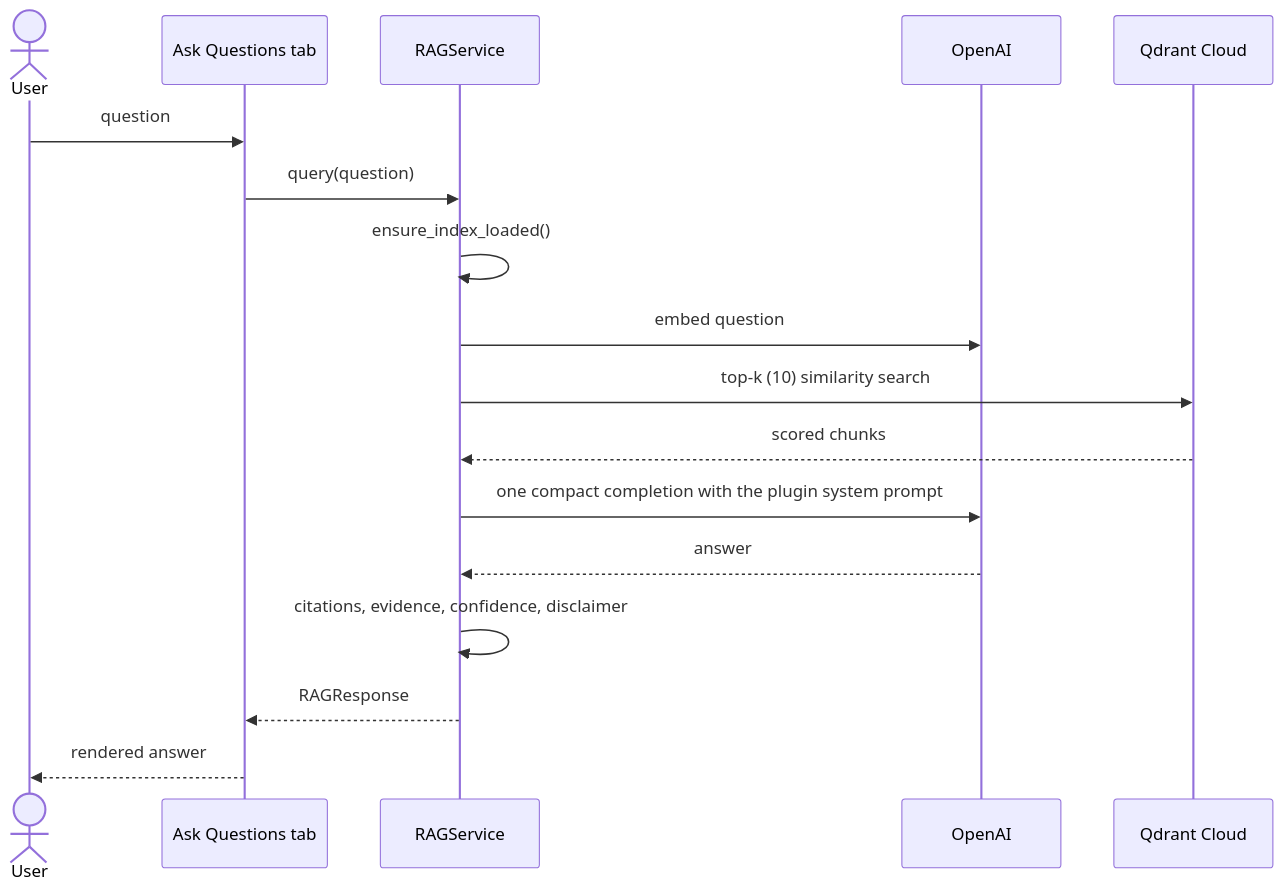
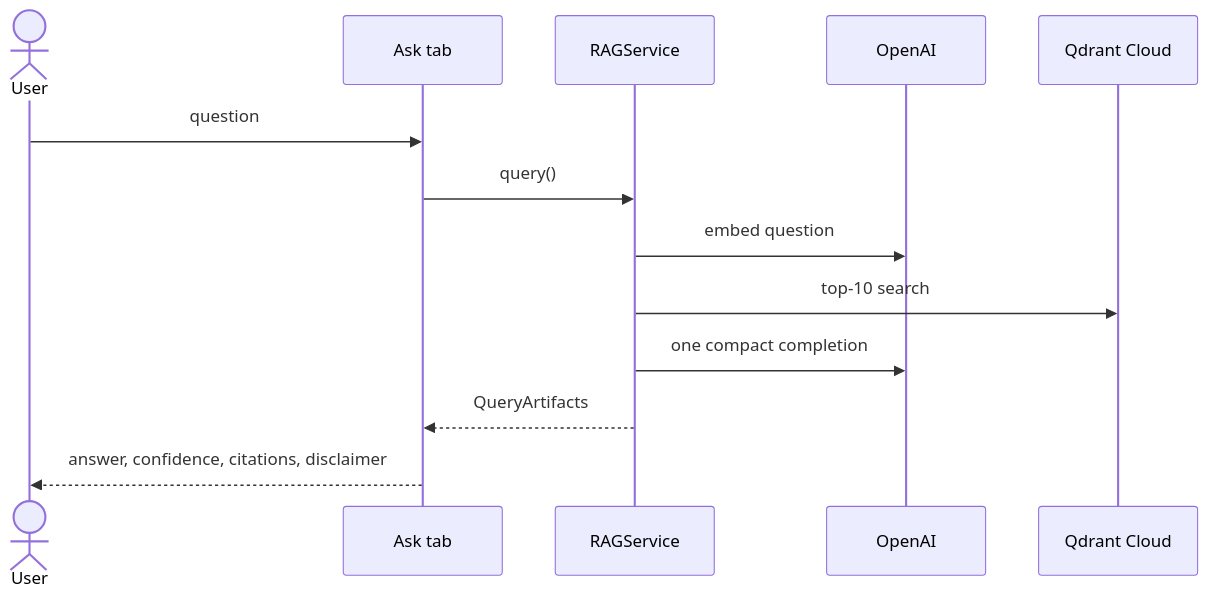
Before and after one commit to abhishek-tiwari-nitrr/PulseRAG: the fourth of 5 diagrams in docs/HLD.md, drawn with Mermaid. The commit also changed other lines of this file and 6 other files, not shown here.

````diff
--- a/docs/HLD.md
+++ b/docs/HLD.md
@@ -108,20 +98,15 @@
 ```mermaid
 sequenceDiagram
     actor User
-    participant ASK as Ask Questions tab
+    participant ASK as Ask tab
     participant SVC as RAGService
     participant OAI as OpenAI
     participant QC as Qdrant Cloud
-
     User->>ASK: question
-    ASK->>SVC: query(question)
-    SVC->>SVC: ensure_index_loaded()
+    ASK->>SVC: query()
     SVC->>OAI: embed question
-    SVC->>QC: top-k (10) similarity search
-    QC-->>SVC: scored chunks
-    SVC->>OAI: one compact completion with the plugin system prompt
-    OAI-->>SVC: answer
-    SVC->>SVC: citations, evidence, confidence, disclaimer
-    SVC-->>ASK: RAGResponse
-    ASK-->>User: rendered answer
+    SVC->>QC: top-10 search
+    SVC->>OAI: one compact completion
+    SVC-->>ASK: QueryArtifacts
+    ASK-->>User: answer, confidence, citations, disclaimer
 ```
````
